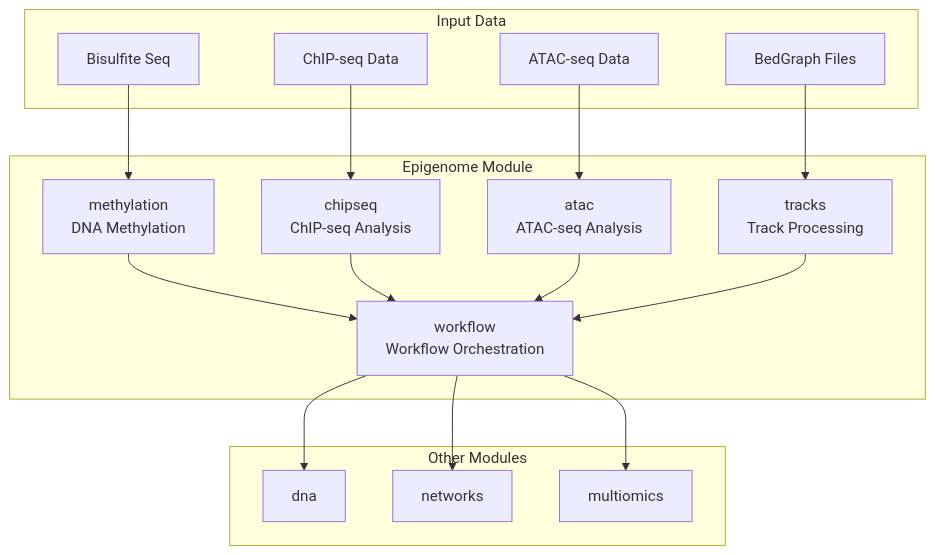
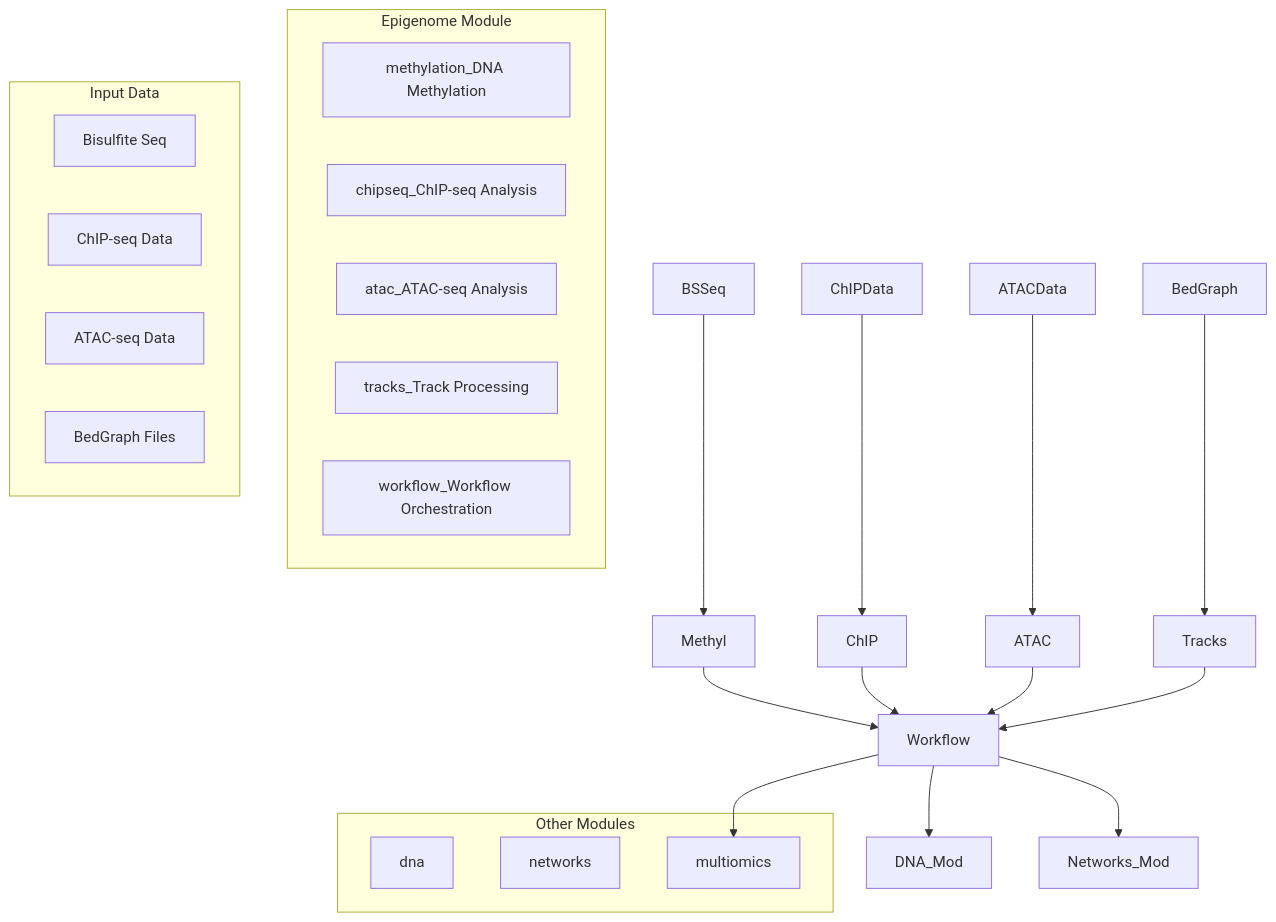
Before and after one commit to docxology/MetaInformAnt: the first of 4 diagrams in src/metainformant/epigenome/README.md, drawn with Mermaid. The commit also changed other lines of this file and 611 other files, not shown here.

````diff
--- a/src/metainformant/epigenome/README.md
+++ b/src/metainformant/epigenome/README.md
@@ -11,35 +11,35 @@
 ```mermaid
 graph TB
     subgraph "Epigenome Module"
-        Methyl[methylation<br/>DNA Methylation]
-        ChIP[chipseq<br/>ChIP-seq Analysis]
-        ATAC[atac<br/>ATAC-seq Analysis]
-        Tracks[tracks<br/>Track Processing]
-        Workflow[workflow<br/>Workflow Orchestration]
+        MethylmethylationDnaMethylation[methylation_DNA Methylation]
+        ChIPchipseqChip-seqAnalysis[chipseq_ChIP-seq Analysis]
+        ATACatacAtac-seqAnalysis[atac_ATAC-seq Analysis]
+        TrackstracksTrackProcessing[tracks_Track Processing]
+        WorkflowworkflowWorkflowOrchestration[workflow_Workflow Orchestration]
     end
     
     subgraph "Input Data"
-        BSSeq[Bisulfite Seq]
-        ChIPData[ChIP-seq Data]
-        ATACData[ATAC-seq Data]
-        BedGraph[BedGraph Files]
+        BSSeqbisulfiteSeq[Bisulfite Seq]
+        ChIPDatachip-seqData[ChIP-seq Data]
+        ATACDataatac-seqData[ATAC-seq Data]
+        BedGraphbedgraphFiles[BedGraph Files]
     end
     
     subgraph "Other Modules"
-        DNA_Mod[dna]
-        Networks_Mod[networks]
+        dna[dna]
+        networks[networks]
         MultiOmics[multiomics]
     end
     
     BSSeq --> Methyl
     ChIPData --> ChIP
     ATACData --> ATAC
     BedGraph --> Tracks
     Methyl --> Workflow
     ChIP --> Workflow
     ATAC --> Workflow
     Tracks --> Workflow
     Workflow --> DNA_Mod
     Workflow --> Networks_Mod
     Workflow --> MultiOmics
 ```
````
